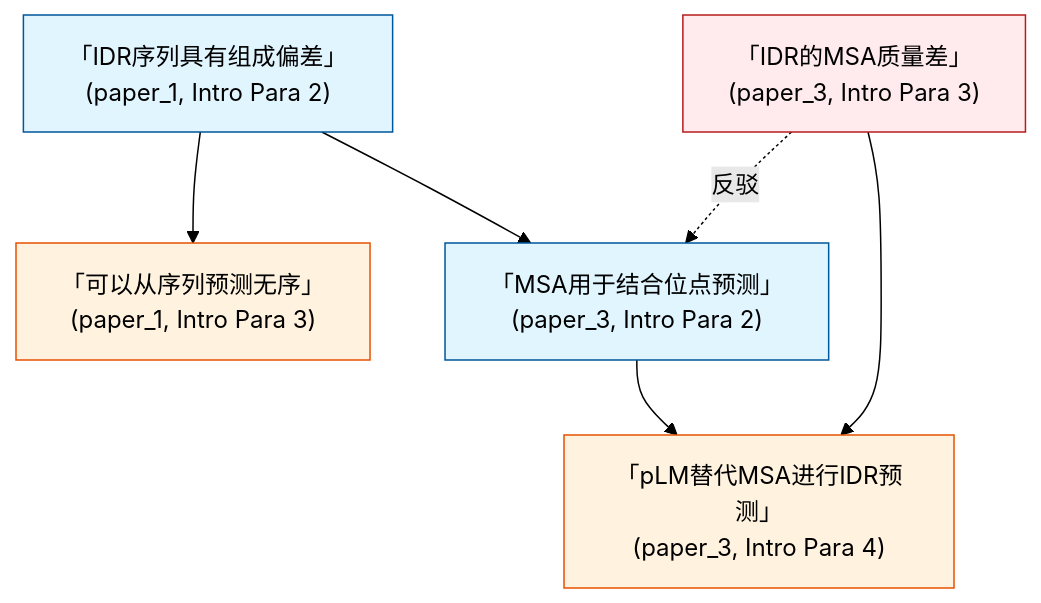
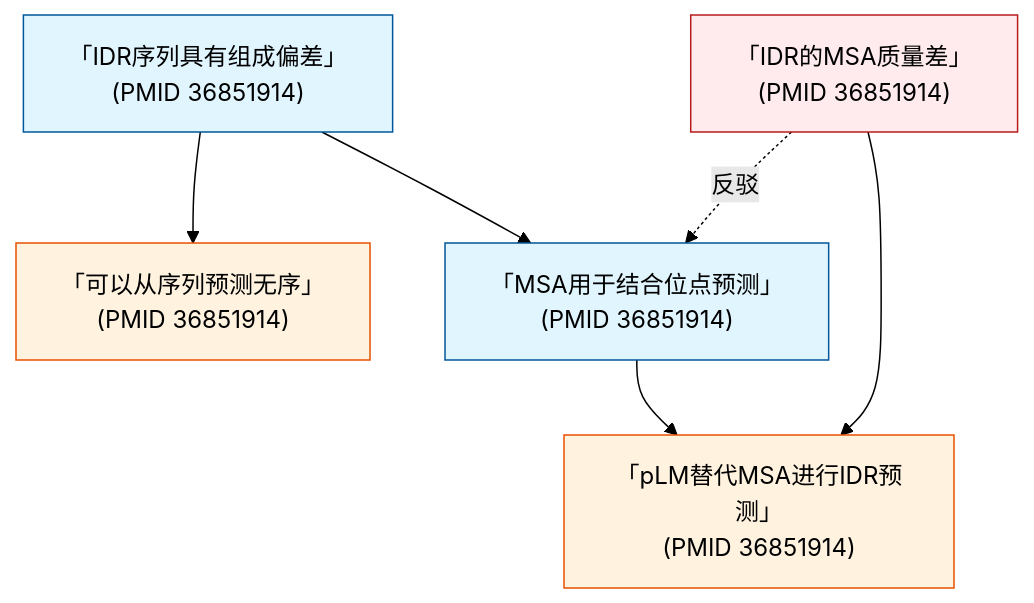
The diagram in skills/intro-analysis/references/analysis-workflow.md (MaybeBio/pyResearch-ReadingSkill), drawn with Mermaid (forest theme) before and after one commit. The commit also changed other lines of this file and 15 other files, not shown here.

````diff
--- a/skills/intro-analysis/references/analysis-workflow.md
+++ b/skills/intro-analysis/references/analysis-workflow.md
@@ -220,18 +210,18 @@
 ```mermaid
 graph TD
-    A["「IDR序列具有组成偏差」<br/>(paper_1, Intro Para 2)"]:::base
-    B["「可以从序列预测无序」<br/>(paper_1, Intro Para 3)"]:::derived
-    C["「MSA用于结合位点预测」<br/>(paper_3, Intro Para 2)"]:::base
-    D["「IDR的MSA质量差」<br/>(paper_3, Intro Para 3)"]:::counter
-    E["「pLM替代MSA进行IDR预测」<br/>(paper_3, Intro Para 4)"]:::derived
+    A["「IDR序列具有组成偏差」<br/>(PMID 36851914)"]:::base
+    B["「可以从序列预测无序」<br/>(PMID 36851914)"]:::derived
+    C["「MSA用于结合位点预测」<br/>(PMID 36851914)"]:::base
+    D["「IDR的MSA质量差」<br/>(PMID 36851914)"]:::counter
+    E["「pLM替代MSA进行IDR预测」<br/>(PMID 36851914)"]:::derived
     
     A --> B
     A --> C
     D -.->|反驳| C
     C --> E
     D --> E
     
     classDef base fill:#e1f5ff,stroke:#01579b
     classDef derived fill:#fff3e0,stroke:#e65100
     classDef counter fill:#ffebee,stroke:#b71c1c
 ```
````
